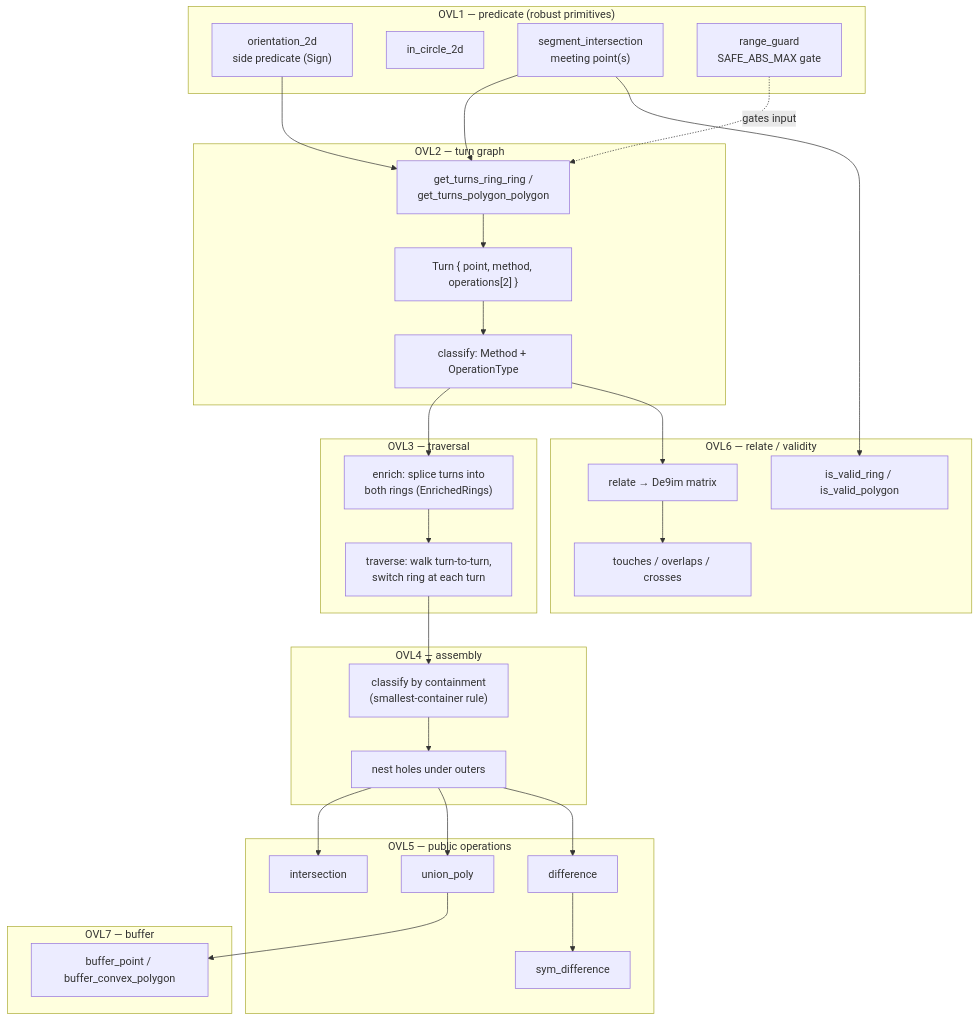
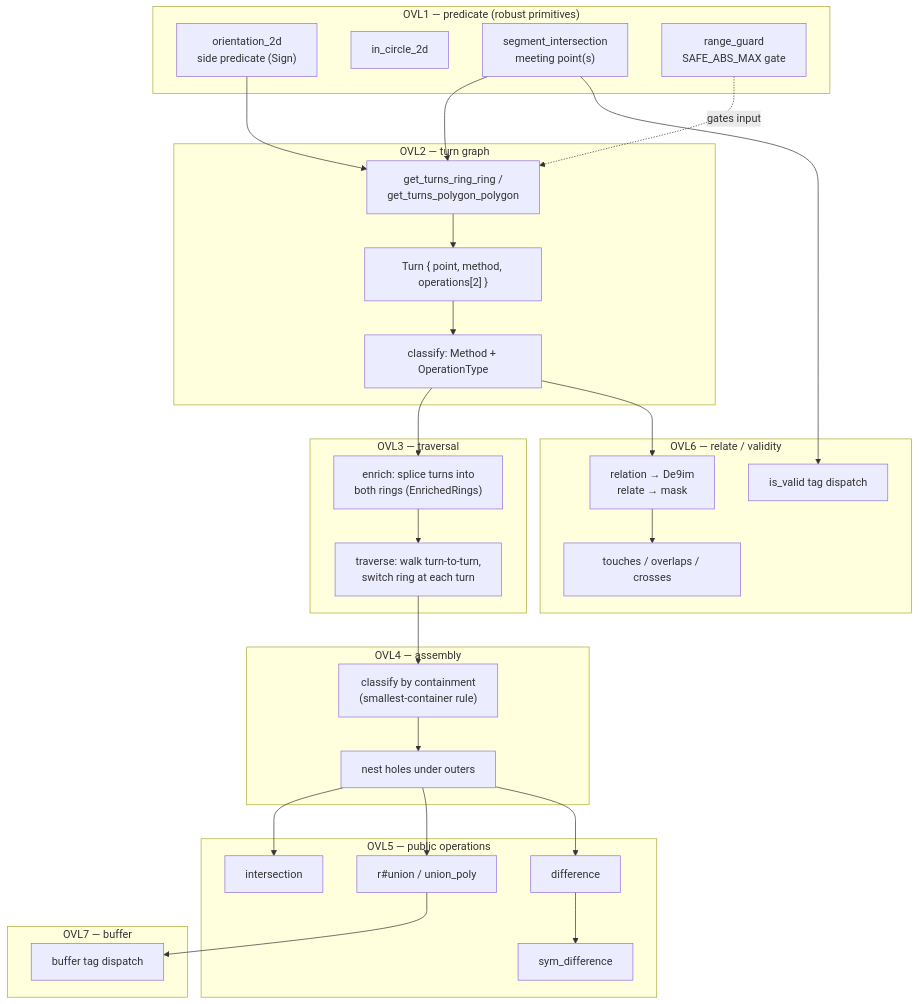
The diagram in docs/03-overlay-engine.md (pentatonick/boost_geometry), drawn with Mermaid before and after one commit. The commit also changed other lines of this file and 20 other files, not shown here.

First line of the commit message:
feat: expose expand, buffer, union, relate, and _with strategy variants

````diff
--- a/docs/03-overlay-engine.md
+++ b/docs/03-overlay-engine.md
@@ -14,57 +14,57 @@
 ```mermaid
 flowchart TD
     subgraph OVL1["OVL1 — predicate (robust primitives)"]
         orientation["orientation_2d<br/>side predicate (Sign)"]
         in_circle["in_circle_2d"]
         seg_int["segment_intersection<br/>meeting point(s)"]
         range_guard["range_guard<br/>SAFE_ABS_MAX gate"]
     end
 
     subgraph OVL2["OVL2 — turn graph"]
         get_turns["get_turns_ring_ring /<br/>get_turns_polygon_polygon"]
         turn_info["Turn { point, method, operations[2] }"]
         classify["classify: Method + OperationType"]
     end
 
     subgraph OVL3["OVL3 — traversal"]
         enrich["enrich: splice turns into<br/>both rings (EnrichedRings)"]
         walk["traverse: walk turn-to-turn,<br/>switch ring at each turn"]
     end
 
     subgraph OVL4["OVL4 — assembly"]
         classify_rings["classify by containment<br/>(smallest-container rule)"]
         nest["nest holes under outers"]
     end
 
     subgraph OVL5["OVL5 — public operations"]
         intersection_fn["intersection"]
-        union_fn["union_poly"]
+        union_fn["r#union / union_poly"]
         difference_fn["difference"]
         symdiff_fn["sym_difference"]
     end
 
     subgraph OVL6["OVL6 — relate / validity"]
-        relate_fn["relate → De9im matrix"]
+        relate_fn["relation → De9im<br/>relate → mask"]
         preds["touches / overlaps / crosses"]
-        is_valid["is_valid_ring / is_valid_polygon"]
+        is_valid["is_valid tag dispatch"]
     end
 
     subgraph OVL7["OVL7 — buffer"]
-        buffer_fn["buffer_point / buffer_convex_polygon"]
+        buffer_fn["buffer tag dispatch"]
     end
 
     orientation --> get_turns
     seg_int --> get_turns
     range_guard -.gates input.-> get_turns
     get_turns --> turn_info --> classify
     classify --> enrich
     enrich --> walk
     walk --> classify_rings --> nest
     nest --> intersection_fn
     nest --> union_fn
     nest --> difference_fn
     difference_fn --> symdiff_fn
     classify --> relate_fn --> preds
     seg_int --> is_valid
     union_fn --> buffer_fn
 ```
````
